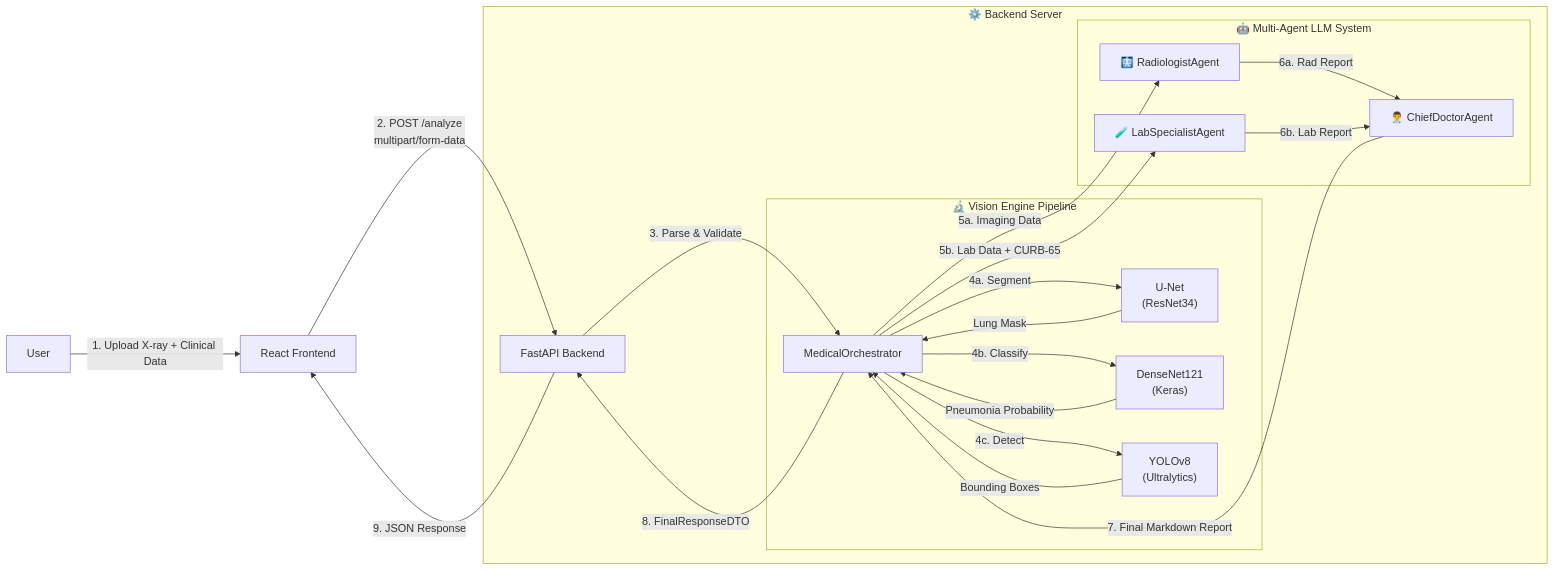
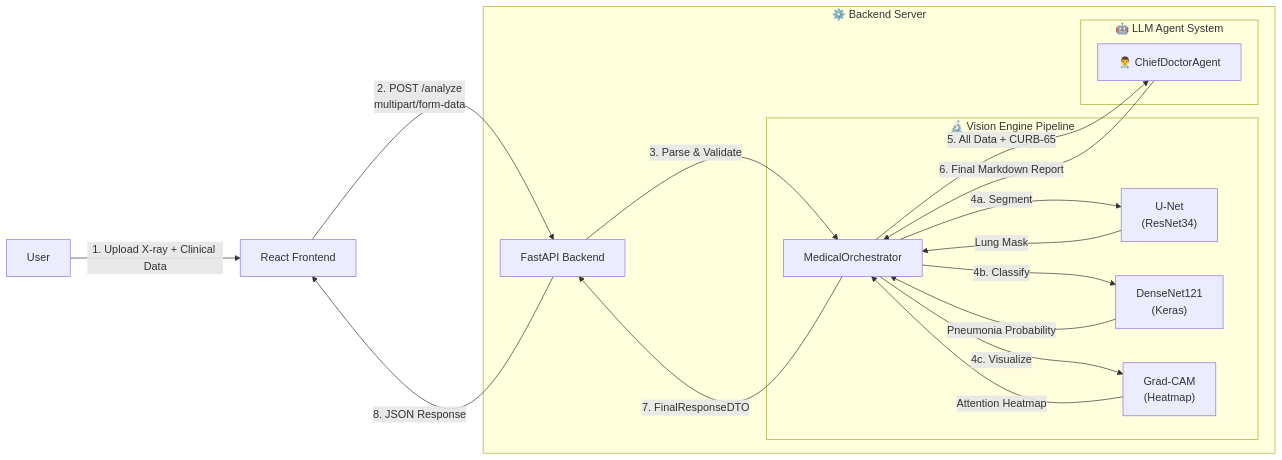
The diagram in README.md (ngbxxx2k/Multimodal-AI-for-diagnosing-pneumonia), drawn with Mermaid before and after one commit. The commit also changed other lines of this file and 10 other files, not shown here.

Commit message:
bỏ yolo và loại bớt llm

````diff
--- a/README.md
+++ b/README.md
@@ -71,30 +72,27 @@
 ```mermaid
 graph LR
     User -->|1. Upload X-ray + Clinical Data| Frontend[React Frontend]
     Frontend -->|2. POST /analyze<br/>multipart/form-data| Backend[FastAPI Backend]
 
     subgraph Backend_Server["⚙️ Backend Server"]
         Backend -->|3. Parse & Validate| Orchestrator[MedicalOrchestrator]
 
         subgraph Vision_Pipeline["🔬 Vision Engine Pipeline"]
             Orchestrator -->|4a. Segment| UNet["U-Net<br/>(ResNet34)"]
             Orchestrator -->|4b. Classify| DenseNet["DenseNet121<br/>(Keras)"]
-            Orchestrator -->|4c. Detect| YOLO["YOLOv8<br/>(Ultralytics)"]
+            Orchestrator -->|4c. Visualize| GradCAM["Grad-CAM<br/>(Heatmap)"]
         end
 
-        subgraph Agent_System["🤖 Multi-Agent LLM System"]
-            Orchestrator -->|5a. Imaging Data| Radiologist["🩻 RadiologistAgent"]
-            Orchestrator -->|5b. Lab Data + CURB-65| LabSpecialist["🧪 LabSpecialistAgent"]
-            Radiologist -->|6a. Rad Report| ChiefDoctor["👨‍⚕️ ChiefDoctorAgent"]
-            LabSpecialist -->|6b. Lab Report| ChiefDoctor
+        subgraph Agent_System["🤖 LLM Agent System"]
+            Orchestrator -->|5. All Data + CURB-65| ChiefDoctor["👨‍⚕️ ChiefDoctorAgent"]
         end
     end
 
     UNet -- Lung Mask --> Orchestrator
     DenseNet -- Pneumonia Probability --> Orchestrator
-    YOLO -- Bounding Boxes --> Orchestrator
+    GradCAM -- Attention Heatmap --> Orchestrator
 
-    ChiefDoctor -->|7. Final Markdown Report| Orchestrator
-    Orchestrator -->|8. FinalResponseDTO| Backend
-    Backend -->|9. JSON Response| Frontend
+    ChiefDoctor -->|6. Final Markdown Report| Orchestrator
+    Orchestrator -->|7. FinalResponseDTO| Backend
+    Backend -->|8. JSON Response| Frontend
 ```
````
